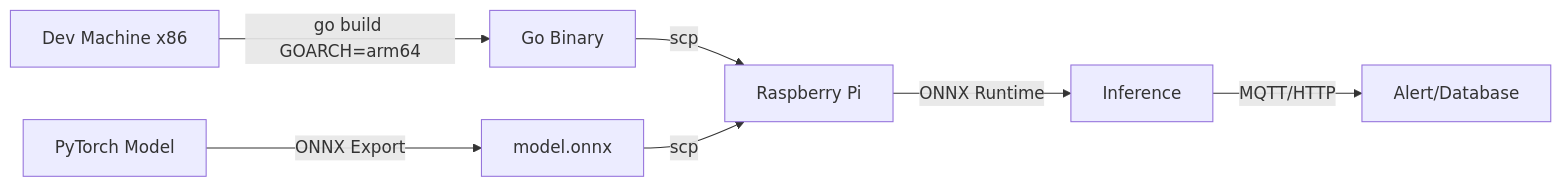
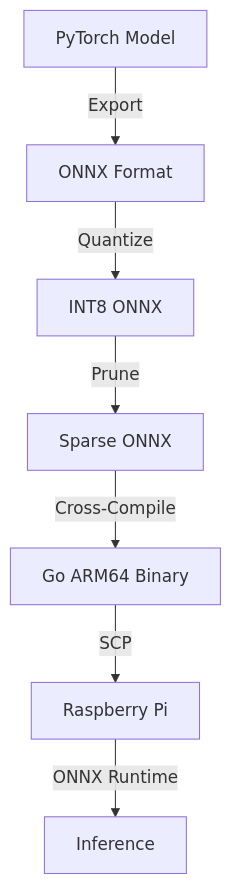
Before and after one commit to Leito2/Learning: the second of 6 diagrams in Software Engineering/02 - Go Engineering/05 - Local AI with Go/06 - Edge AI Deployment with Go.md, drawn with Mermaid. The commit also changed other lines of this file and 41 other files, not shown here.

````diff
--- a/Software Engineering/02 - Go Engineering/05 - Local AI with Go/06 - Edge AI Deployment with Go.md
+++ b/Software Engineering/02 - Go Engineering/05 - Local AI with Go/06 - Edge AI Deployment with Go.md
@@ -46,9 +202,9 @@
 ```mermaid
-graph LR
-    A[Dev Machine x86] -->|go build GOARCH=arm64| B[Go Binary]
-    C[PyTorch Model] -->|ONNX Export| D[model.onnx]
-    B -->|scp| E[Raspberry Pi]
-    D -->|scp| E
-    E -->|ONNX Runtime| F[Inference]
-    F -->|MQTT/HTTP| G[Alert/Database]
+graph TD
+    A[PyTorch Model] -->|Export| B[ONNX Format]
+    B -->|Quantize| C[INT8 ONNX]
+    C -->|Prune| D[Sparse ONNX]
+    D -->|Cross-Compile| E[Go ARM64 Binary]
+    E -->|SCP| F[Raspberry Pi]
+    F -->|ONNX Runtime| G[Inference]
 ```
````
